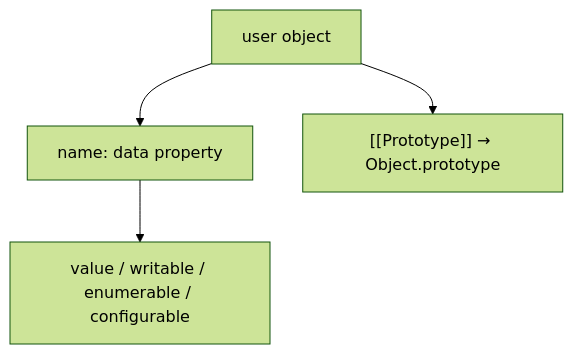
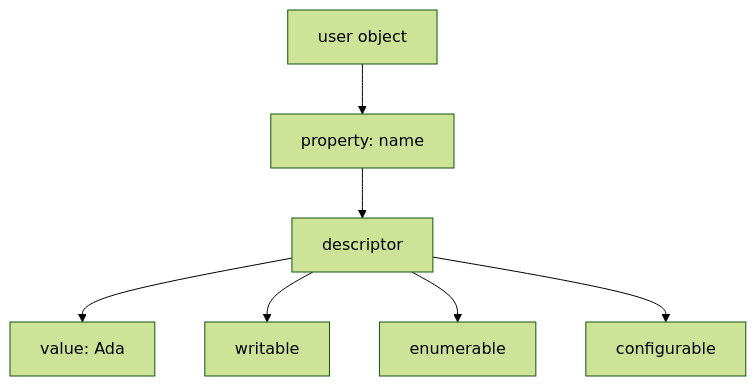
One commit to prajjwaljogdand/FullstackPreparation changed the second of 7 diagrams in docs/javascript/14-objects.md. Above: the diagram before and after it, drawn with Mermaid (forest theme). The commit also changed other lines of this file and 91 other files, not shown here.

````diff
--- a/docs/javascript/14-objects.md
+++ b/docs/javascript/14-objects.md
@@ -15,6 +106,9 @@
 ```mermaid
 flowchart TB
-  obj["user object"] --> name["name: data property"]
-  obj --> proto["[[Prototype]] → Object.prototype"]
-  name --> desc["value / writable / enumerable / configurable"]
+  obj["user object"] --> name["property: name"]
+  name --> desc["descriptor"]
+  desc --> v["value: Ada"]
+  desc --> w["writable"]
+  desc --> e["enumerable"]
+  desc --> c["configurable"]
 ```
````
